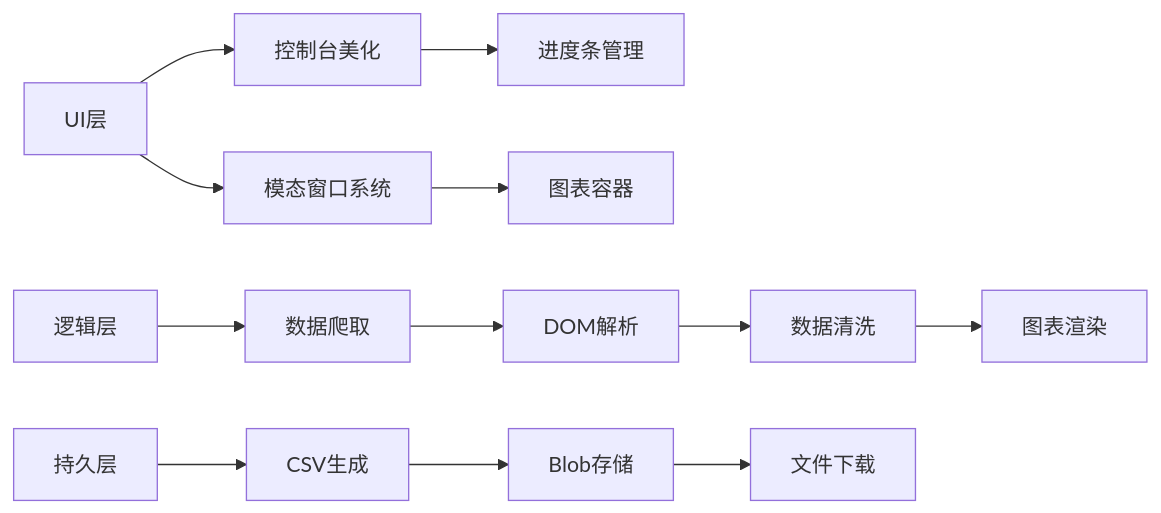
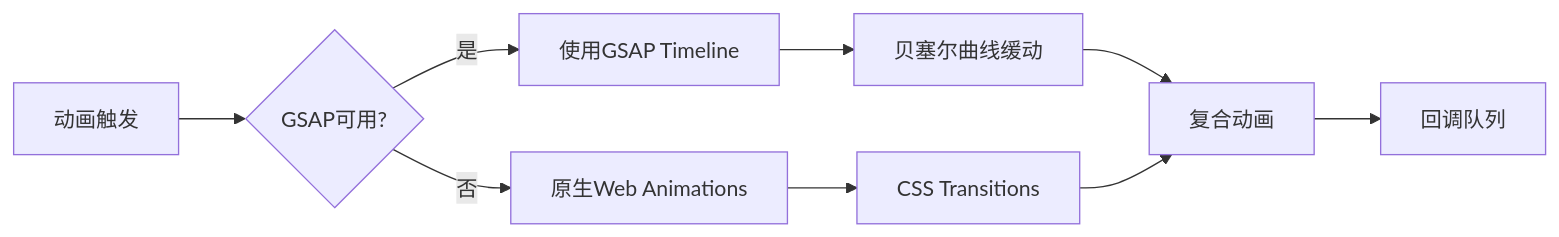
Before and after one commit to linyaocrush/DLsite-Purchase-Analyzer: the third of 3 diagrams in README.md, drawn with Mermaid. The commit also changed other lines of this file, not shown here.

````diff
--- a/README.md
+++ b/README.md
@@ -213,16 +317,11 @@
 ```mermaid
 graph LR
-    A[UI层] --> B[控制台美化]
-    A --> C[模态窗口系统]
-    B --> D[进度条管理]
-    C --> E[图表容器]
-    
-    F[逻辑层] --> G[数据爬取]
-    G --> H[DOM解析]
-    H --> I[数据清洗]
-    I --> J[图表渲染]
-    
-    K[持久层] --> L[CSV生成]
-    L --> M[Blob存储]
-    M --> N[文件下载]
+    A[动画触发] --> B{GSAP可用?}
+    B -->|是| C[使用GSAP Timeline]
+    B -->|否| D[原生Web Animations]
+    C --> E[贝塞尔曲线缓动]
+    D --> F[CSS Transitions]
+    E --> G[复合动画]
+    F --> G
+    G --> H[回调队列]
 ```
````
